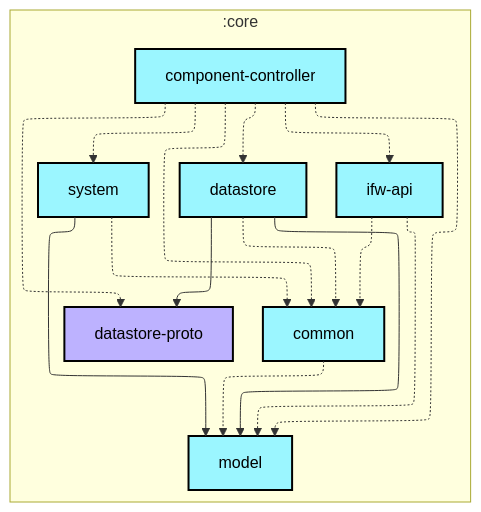
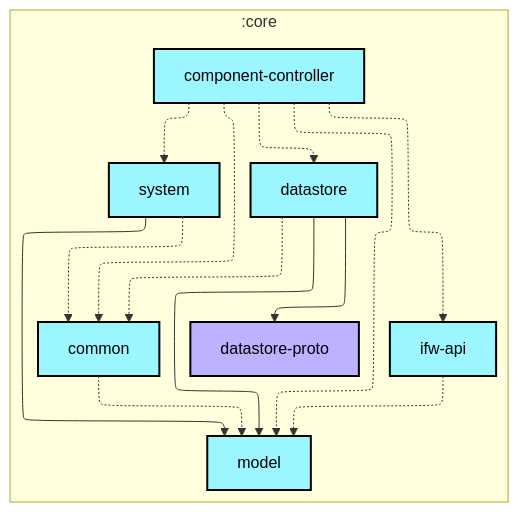
Before and after one commit to lihenggui/blocker: the first of 2 diagrams in core/component-controller/README.md, drawn with Mermaid. The commit also changed 34 other files, not shown here.

````diff
--- a/core/component-controller/README.md
+++ b/core/component-controller/README.md
@@ -6,41 +6,39 @@
 ```mermaid
 ---
 config:
   layout: elk
   elk:
     nodePlacementStrategy: SIMPLE
 ---
 graph TB
   subgraph :core
     direction TB
     :core:common[common]:::android-library
     :core:component-controller[component-controller]:::android-library
     :core:datastore[datastore]:::android-library
     :core:datastore-proto[datastore-proto]:::jvm-library
     :core:ifw-api[ifw-api]:::android-library
     :core:model[model]:::android-library
     :core:system[system]:::android-library
   end
 
   :core:common -.-> :core:model
   :core:component-controller -.-> :core:common
   :core:component-controller -.-> :core:datastore
-  :core:component-controller -.-> :core:datastore-proto
   :core:component-controller -.-> :core:ifw-api
   :core:component-controller -.-> :core:model
   :core:component-controller -.-> :core:system
   :core:datastore -.-> :core:common
   :core:datastore --> :core:datastore-proto
   :core:datastore --> :core:model
-  :core:ifw-api -.-> :core:common
   :core:ifw-api -.-> :core:model
   :core:system -.-> :core:common
   :core:system --> :core:model
 
 classDef android-application fill:#CAFFBF,stroke:#000,stroke-width:2px,color:#000;
 classDef android-feature fill:#FFD6A5,stroke:#000,stroke-width:2px,color:#000;
 classDef android-library fill:#9BF6FF,stroke:#000,stroke-width:2px,color:#000;
 classDef android-test fill:#A0C4FF,stroke:#000,stroke-width:2px,color:#000;
 classDef jvm-library fill:#BDB2FF,stroke:#000,stroke-width:2px,color:#000;
 classDef unknown fill:#FFADAD,stroke:#000,stroke-width:2px,color:#000;
 ```
````
